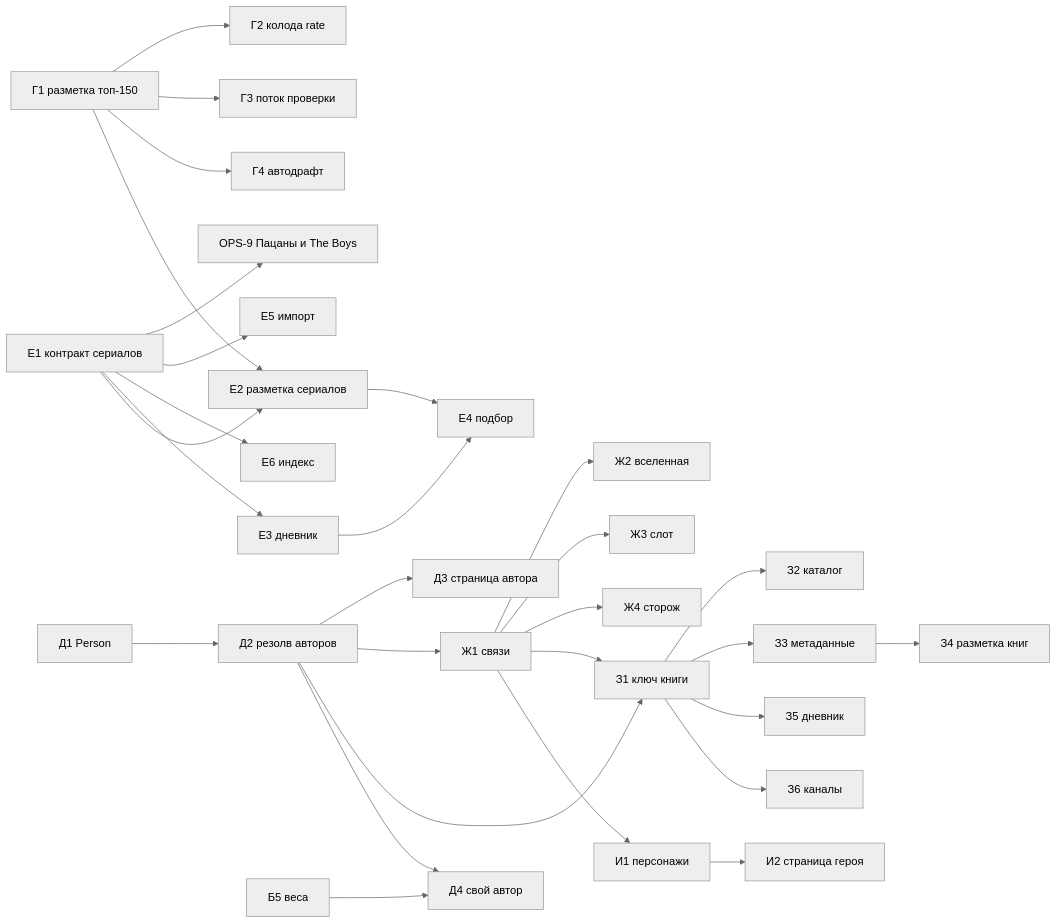
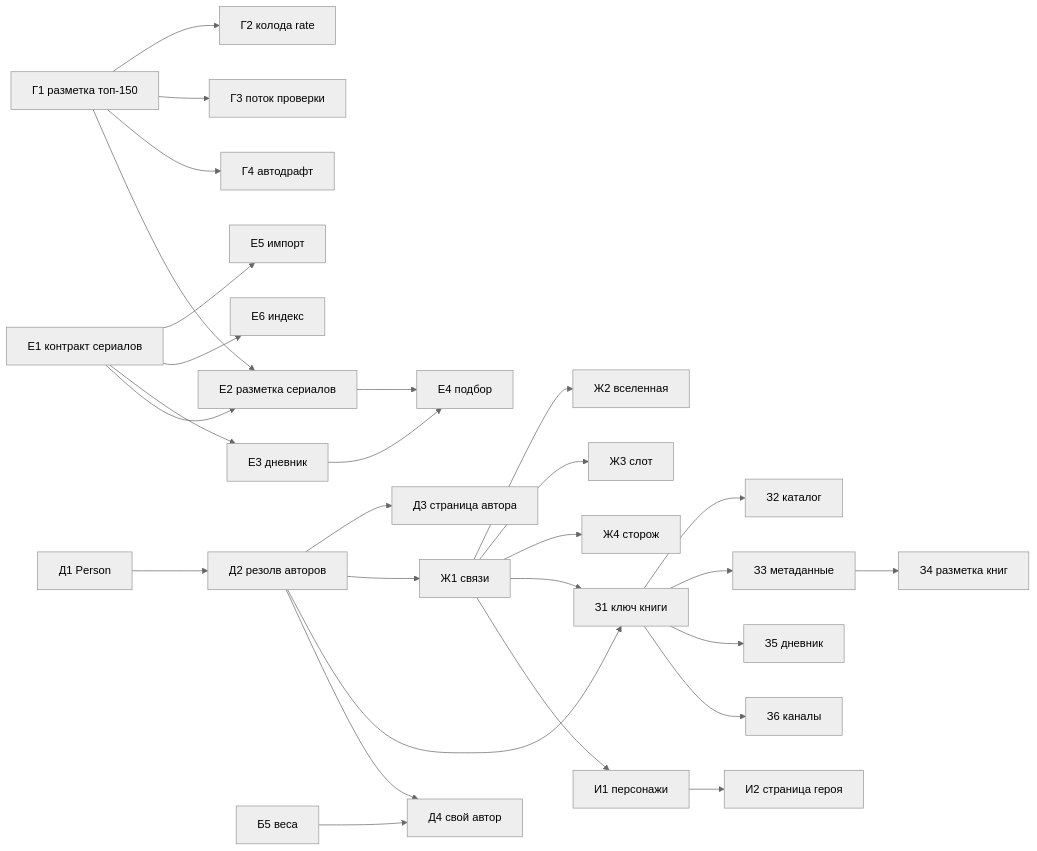
One commit to dmitry00-00/Recommend changed the diagram in BACKLOG.md. Above: the diagram before and after it, drawn with Mermaid (neutral theme). The commit also changed other lines of this file and 4 other files, not shown here.

````diff
--- a/BACKLOG.md
+++ b/BACKLOG.md
@@ -65,14 +64,13 @@
 ```mermaid
 flowchart LR
-  E1[Е1 контракт сериалов] --> OPS9[OPS-9 Пацаны и The Boys]
   G1[Г1 разметка топ-150] --> G2[Г2 колода rate] & G3[Г3 поток проверки] & G4[Г4 автодрафт]
   D1[Д1 Person] --> D2[Д2 резолв авторов] --> D3[Д3 страница автора]
   E1[Е1 контракт сериалов] --> E5[Е5 импорт] & E6[Е6 индекс] & E3[Е3 дневник]
   E1 & G1 --> E2[Е2 разметка сериалов]
   E2 & E3 --> E4[Е4 подбор]
   D2 --> ZH1[Ж1 связи] --> ZH2[Ж2 вселенная] & ZH3[Ж3 слот] & ZH4[Ж4 сторож]
   D2 & ZH1 --> Z1[З1 ключ книги] --> Z2[З2 каталог] & Z3[З3 метаданные] & Z5[З5 дневник] & Z6[З6 каналы]
   Z3 --> Z4[З4 разметка книг]
   ZH1 --> I1[И1 персонажи] --> I2[И2 страница героя]
   B5[Б5 веса] & D2 --> D4[Д4 свой автор]
 ```
````
